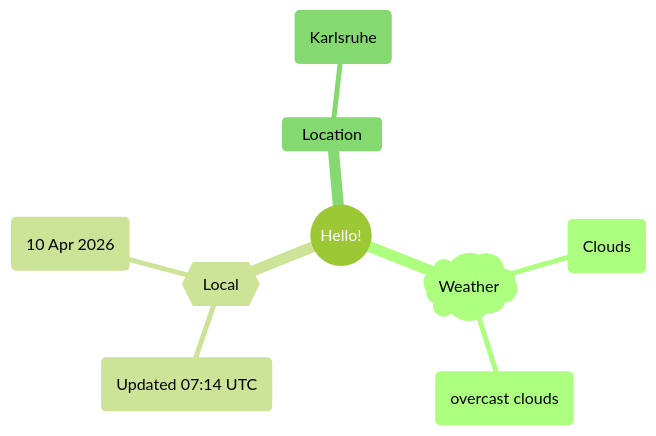
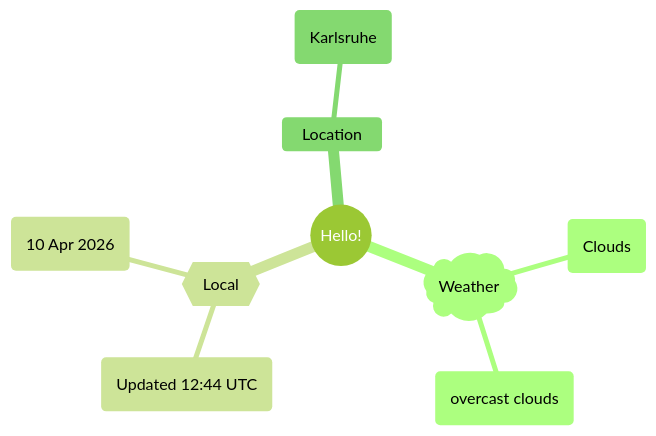
Before and after one commit to Xosrov/Xosrov: the first of 2 diagrams in README.md, drawn with Mermaid (forest theme).

Commit message:
[bot] updated images

````diff
--- a/README.md
+++ b/README.md
@@ -3,12 +3,12 @@
 ```mermaid
 mindmap
   root((Hello!))
     )Weather(
         (Clouds)
         (overcast clouds)
     {{Local}}
-        (Updated 07:14 UTC)
+        (Updated 12:44 UTC)
         (10 Apr 2026)
     Location
         (Karlsruhe)
 ```
````
